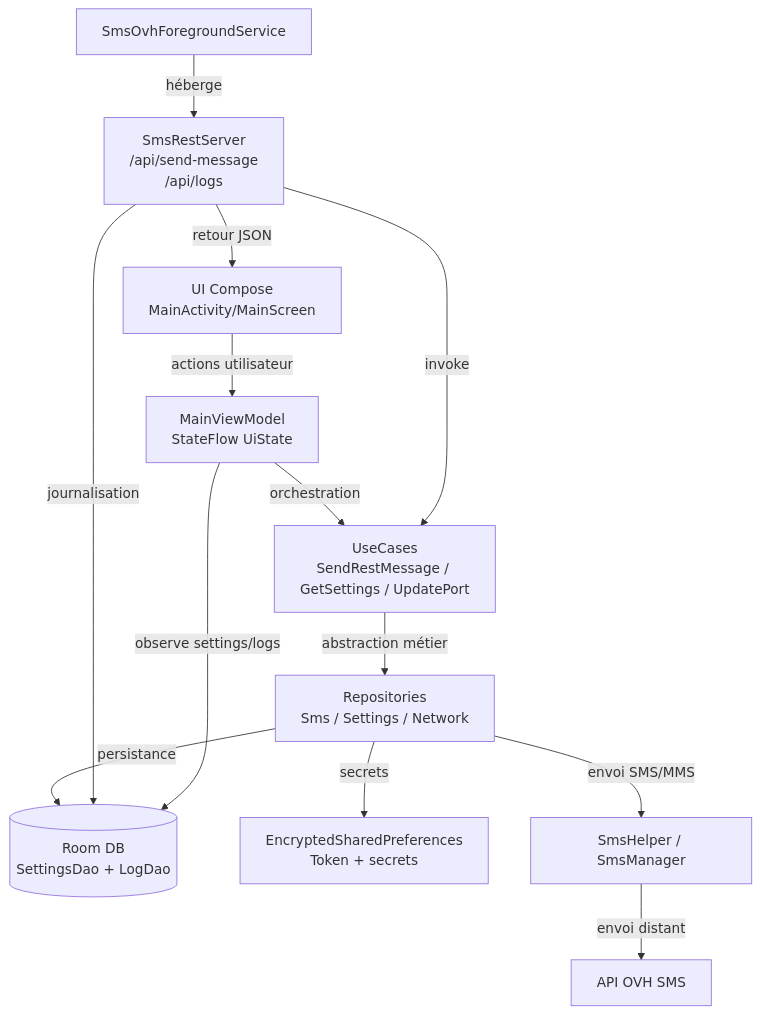
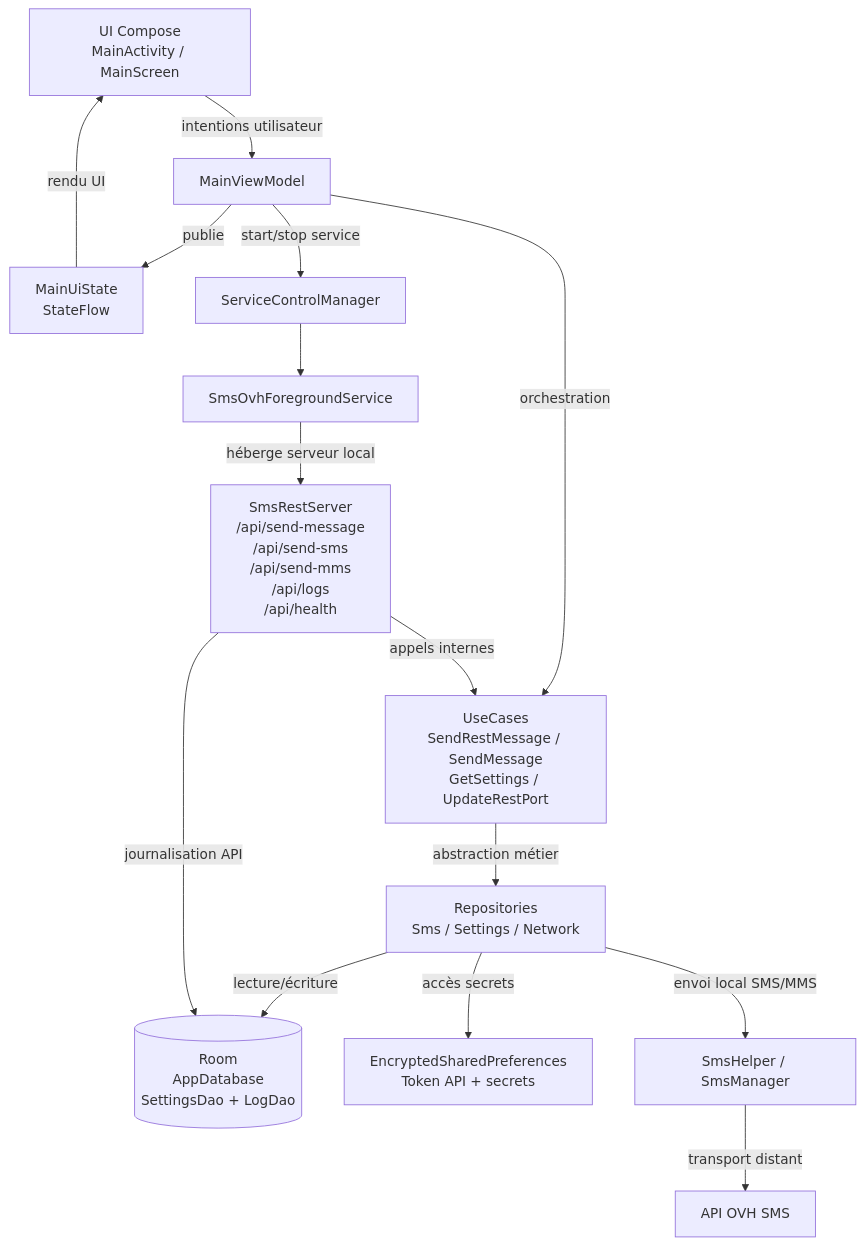
One commit to nemo2506/SMS-OVH changed the diagram in README.md. Above: the diagram before and after it, drawn with Mermaid.

Commit message:
mise à jour archi dans README

````diff
--- a/README.md
+++ b/README.md
@@ -37,27 +37,32 @@
 ```mermaid
 flowchart TD
-    UI[UI Compose\nMainActivity/MainScreen]
-    VM[MainViewModel\nStateFlow UiState]
-    UC[UseCases\nSendRestMessage / GetSettings / UpdatePort]
+    UI[UI Compose\nMainActivity / MainScreen]
+    STATE[MainUiState\nStateFlow]
+    VM[MainViewModel]
+    UC[UseCases\nSendRestMessage / SendMessage\nGetSettings / UpdateRestPort]
     REPO[Repositories\nSms / Settings / Network]
-    ROOM[(Room DB\nSettingsDao + LogDao)]
-    SEC[EncryptedSharedPreferences\nToken + secrets]
+    ROOM[(Room\nAppDatabase\nSettingsDao + LogDao)]
+    SEC[EncryptedSharedPreferences\nToken API + secrets]
+    CTRL[ServiceControlManager]
     FG[SmsOvhForegroundService]
-    REST[SmsRestServer\n/api/send-message\n/api/logs]
+    REST[SmsRestServer\n/api/send-message\n/api/send-sms\n/api/send-mms\n/api/logs\n/api/health]
     SMS[SmsHelper / SmsManager]
-    API[API OVH SMS]
+    OVH[API OVH SMS]
 
-    UI -->|actions utilisateur| VM
+    UI -->|intentions utilisateur| VM
+    VM -->|publie| STATE
+    STATE -->|rendu UI| UI
+
     VM -->|orchestration| UC
     UC -->|abstraction métier| REPO
-    REPO -->|persistance| ROOM
-    REPO -->|secrets| SEC
-    REPO -->|envoi SMS/MMS| SMS
-    SMS -->|envoi distant| API
+    REPO -->|lecture/écriture| ROOM
+    REPO -->|accès secrets| SEC
+    REPO -->|envoi local SMS/MMS| SMS
+    SMS -->|transport distant| OVH
 
-    FG -->|héberge| REST
-    REST -->|invoke| UC
-    REST -->|retour JSON| UI
-    REST -->|journalisation| ROOM
-    VM -->|observe settings/logs| ROOM
+    VM -->|start/stop service| CTRL
+    CTRL --> FG
+    FG -->|héberge serveur local| REST
+    REST -->|appels internes| UC
+    REST -->|journalisation API| ROOM
 ```
````
